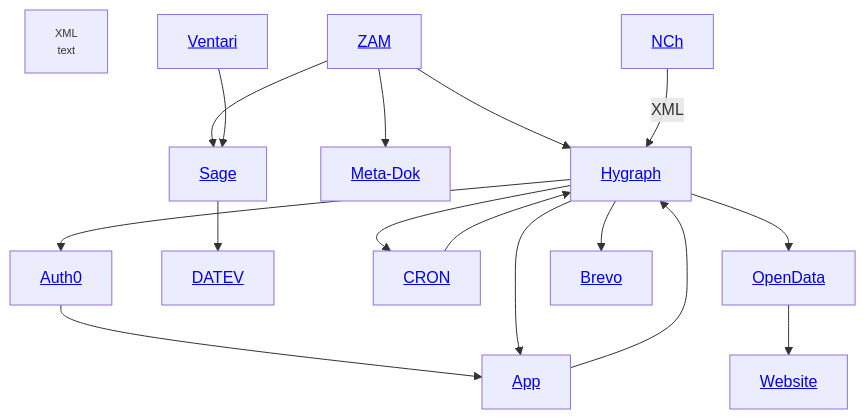
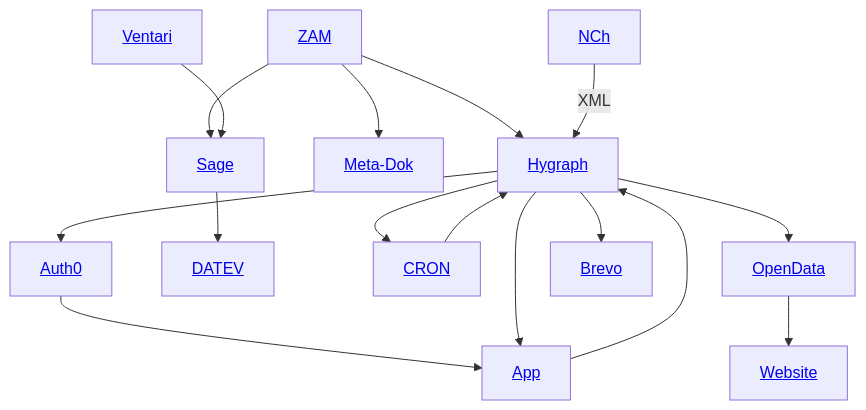
One commit to GDCh-de/docs changed the diagram in infrastructure.md. Above: the diagram before and after it, drawn with Mermaid.

````diff
--- a/infrastructure.md
+++ b/infrastructure.md
@@ -3,13 +3,11 @@
 ```mermaid
 graph TD;
-  XML[XML<br>text]:::FixFont;
-  classDef FixFont font-size:11px
   Hygraph[<a href='/GDCh-de/docs/blob/main/hygraph.md'>Hygraph</a>] --> Auth0[<a href='/GDCh-de/docs/blob/main/Auth0.md'>Auth0</a>] --> App[<a href='/GDCh-de/docs/blob/main/App.md'>App</a>] --> Hygraph --> App;
   ZAM[<a href='/GDCh-de/docs/blob/main/ZAM.md'>ZAM</a>] --> Meta-Dok[<a href='/GDCh-de/docs/blob/main/Meta-Dok.md'>Meta-Dok</a>];
   ZAM --> Sage[<a href='/GDCh-de/docs/blob/main/Sage.md'>Sage</a>] --> DATEV[<a href='/GDCh-de/docs/blob/main/DATEV.md'>DATEV</a>];
   Ventari[<a href='/GDCh-de/docs/blob/main/Ventari.md'>Ventari</a>] --> Sage;
   Hygraph --> Cron[<a href='/GDCh-de/docs/blob/main/CRON.md'>CRON</a>] --> Hygraph;
   ZAM --> Hygraph;
   Hygraph --> OpenData[<a href='/GDCh-de/docs/blob/main/OpenData.md'>OpenData</a>] --> Website[<a href='/GDCh-de/docs/blob/main/Website.md'>Website</a>];
   NCh[<a href='/GDCh-de/docs/blob/main/NCh.md'>NCh</a>] -->|XML| Hygraph --> Brevo[<a href='/GDCh-de/docs/blob/main/Brevo.md'>Brevo</a>]
 ```
````
